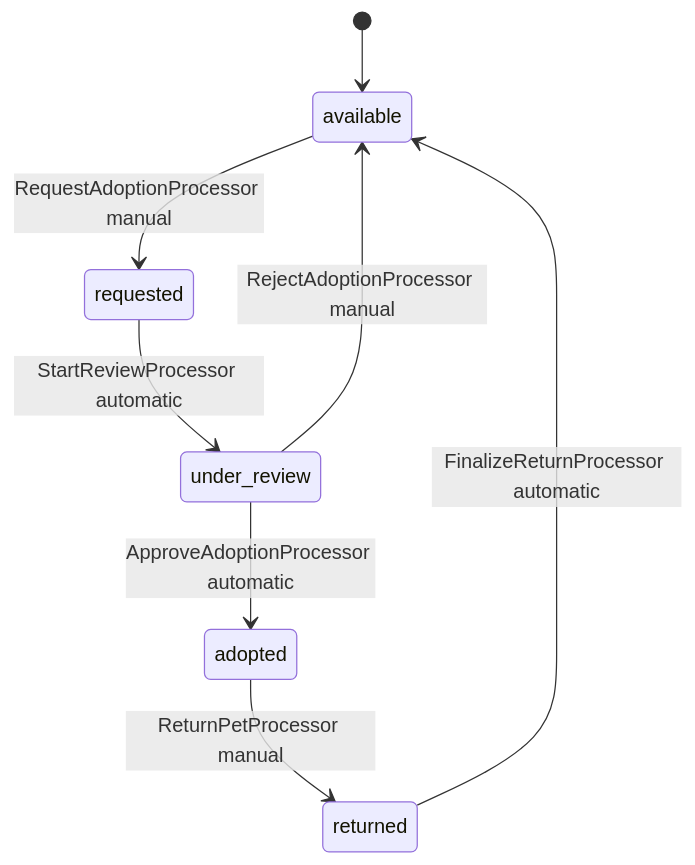
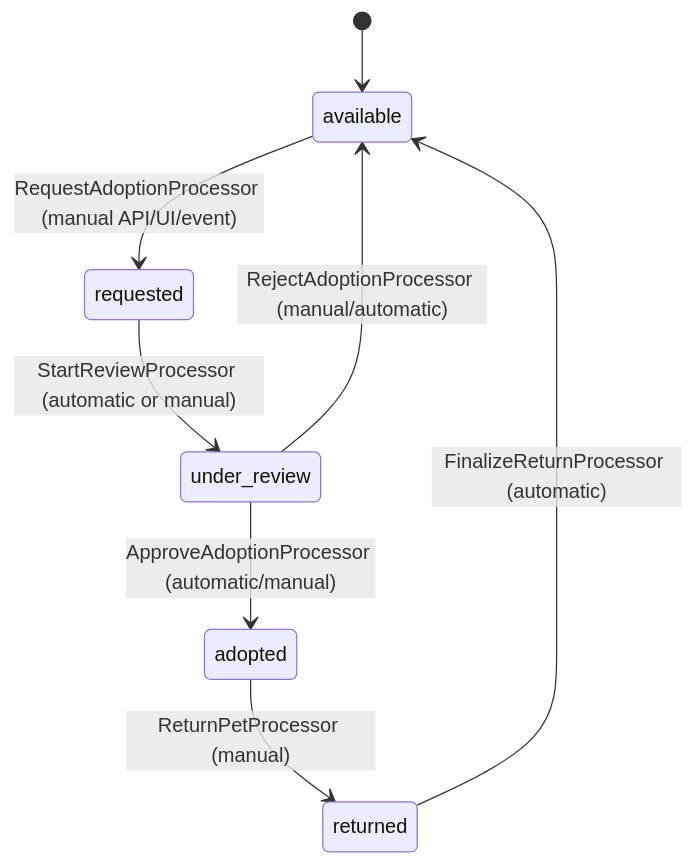
One commit to Cyoda-platform/java-client-template changed the first of 4 diagrams in src/main/java/com/java_template/prototype/functional_requirement.md. Above: the diagram before and after it, drawn with Mermaid. The commit also changed other lines of this file, not shown here.

````diff
--- a/src/main/java/com/java_template/prototype/functional_requirement.md
+++ b/src/main/java/com/java_template/prototype/functional_requirement.md
@@ -43,10 +82,10 @@
 ```mermaid
 stateDiagram-v2
     [*] --> available
-    available --> requested : RequestAdoptionProcessor manual
-    requested --> under_review : StartReviewProcessor automatic
-    under_review --> adopted : ApproveAdoptionProcessor automatic
-    under_review --> available : RejectAdoptionProcessor manual
-    adopted --> returned : ReturnPetProcessor manual
-    returned --> available : FinalizeReturnProcessor automatic
+    available --> requested : RequestAdoptionProcessor (manual API/UI/event)
+    requested --> under_review : StartReviewProcessor (automatic or manual)
+    under_review --> adopted : ApproveAdoptionProcessor (automatic/manual)
+    under_review --> available : RejectAdoptionProcessor (manual/automatic)
+    adopted --> returned : ReturnPetProcessor (manual)
+    returned --> available : FinalizeReturnProcessor (automatic)
 ```
````
